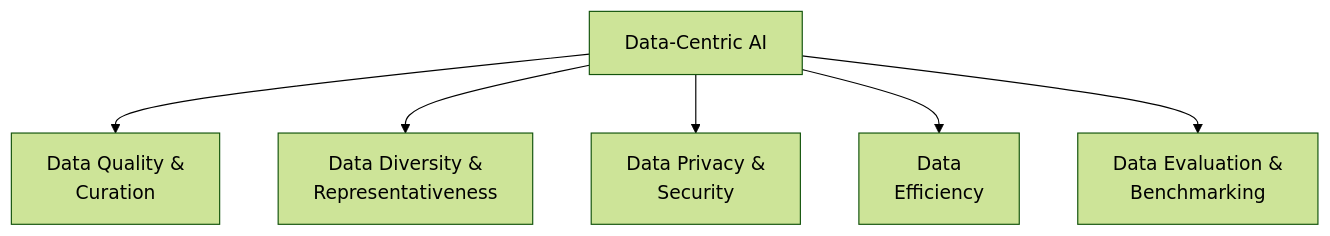
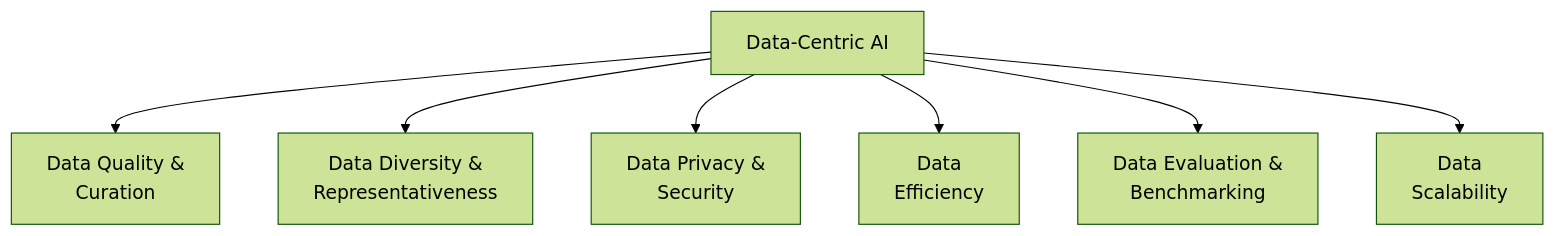
Before and after one commit to harvard-edge/cs249r_book: the first of 3 diagrams in contents/core/data_efficiency/data_efficiency.qmd, drawn with Mermaid (forest theme). The commit also changed other lines of this file, not shown here.

Commit message:
Scalability

````diff
--- a/contents/core/data_efficiency/data_efficiency.qmd
+++ b/contents/core/data_efficiency/data_efficiency.qmd
@@ -91,14 +91,15 @@
 ```{mermaid}
 %%| label: fig-label
 %%| fig-width: 100%
 %%| fig-cap: |
 %%|   Coming soon.
 
 graph TD
     A[Data-Centric AI] --> B[Data Quality &<br> Curation]
     A --> D[Data Diversity &<br> Representativeness]
     A --> E[Data Privacy &<br> Security]
     A --> C[Data<br> Efficiency]
     A --> F[Data Evaluation &<br> Benchmarking]
+    A --> G[Data<br>  Scalability]
 
 ```
````
